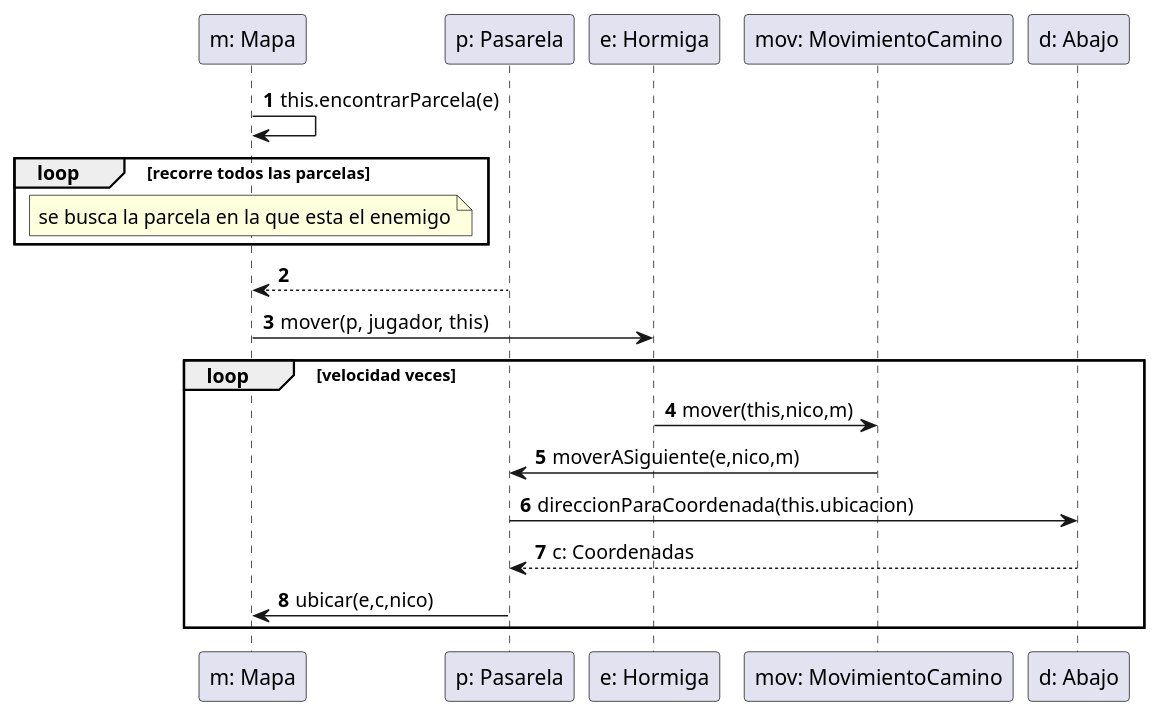
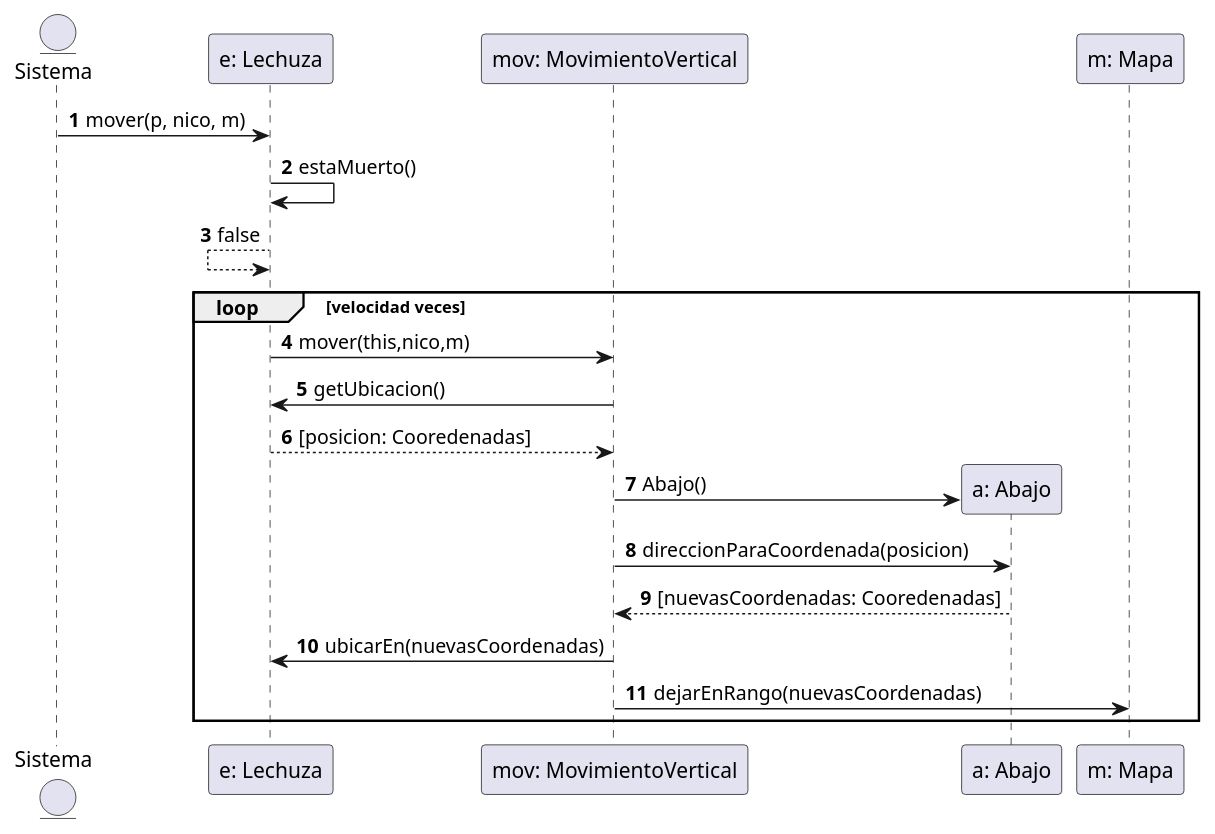
The diagram in diagrams/sequences/movimientoLechuza.puml (franzimbi/algo3_tp2), drawn with PlantUML before and after one commit. The commit also changed 13 other files, not shown here.

```diff
--- a/diagrams/sequences/movimientoLechuza.puml
+++ b/diagrams/sequences/movimientoLechuza.puml
@@ -1,21 +1,23 @@
 @startuml
 'https://plantuml.com/sequence-diagram
 
 autonumber
-"m: Mapa" -> "m: Mapa": this.encontrarParcela(e)
-loop recorre todos las parcelas
-note over "m: Mapa": se busca la parcela en la que esta el enemigo
-end
-"p: Pasarela" --> "m: Mapa":
+entity Sistema
+Sistema ->"e: Lechuza": mover(p, nico, m)
+"e: Lechuza" -> "e: Lechuza": estaMuerto()
+"e: Lechuza" <-- "e: Lechuza": false
+loop velocidad veces
+"e: Lechuza" -> "mov: MovimientoVertical": mover(this,nico,m)
+"mov: MovimientoVertical" -> "e: Lechuza": getUbicacion()
+"mov: MovimientoVertical" <-- "e: Lechuza": [posicion: Cooredenadas]
+create "a: Abajo"
+"mov: MovimientoVertical" -> "a: Abajo": Abajo()
+"mov: MovimientoVertical" -> "a: Abajo": direccionParaCoordenada(posicion)
+"mov: MovimientoVertical" <-- "a: Abajo": [nuevasCoordenadas: Cooredenadas]
+"mov: MovimientoVertical" -> "e: Lechuza": ubicarEn(nuevasCoordenadas)
+"mov: MovimientoVertical" -> "m: Mapa": dejarEnRango(nuevasCoordenadas)
 
-"m: Mapa" -> "e: Hormiga": mover(p, jugador, this)
-loop velocidad veces
-"e: Hormiga" -> "mov: MovimientoCamino": mover(this,nico,m)
-"mov: MovimientoCamino" -> "p: Pasarela": moverASiguiente(e,nico,m)
-"p: Pasarela" -> "d: Abajo": direccionParaCoordenada(this.ubicacion)
-"d: Abajo" --> "p: Pasarela": c: Coordenadas
-"p: Pasarela"-> "m: Mapa": ubicar(e,c,nico)
 end
 
 
 @enduml
```
